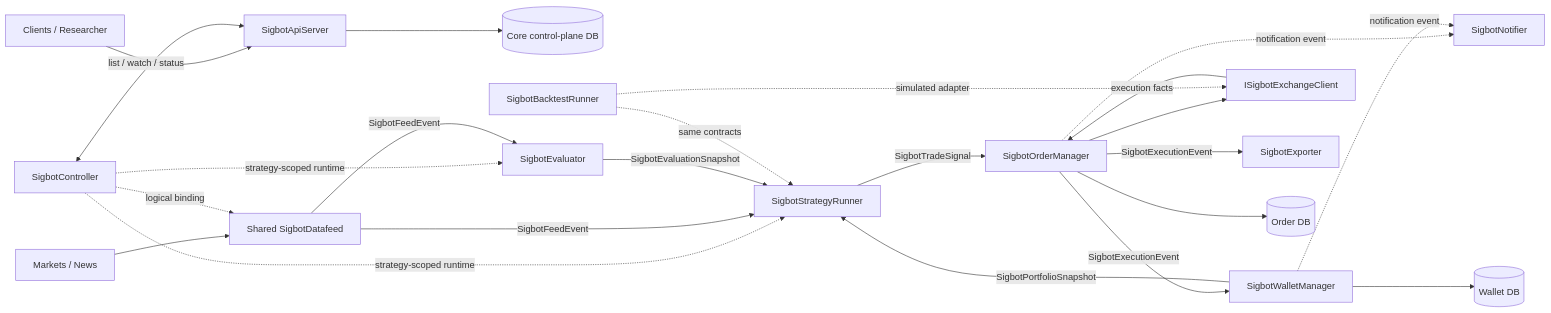
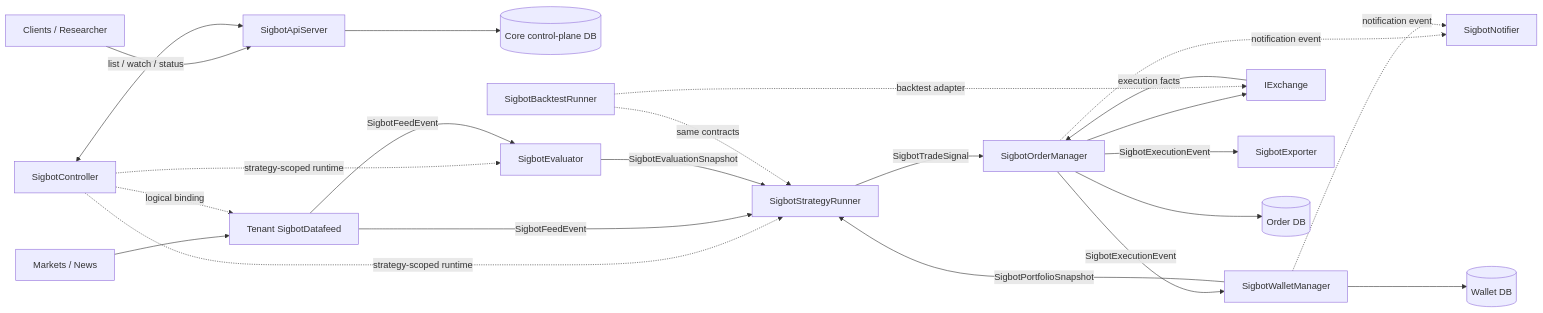
The diagram in docs/architecture/overview.md (sigbot-labs/sigbot-core), drawn with Mermaid before and after one commit. The commit also changed other lines of this file and 1371 other files, not shown here.

````diff
--- a/docs/architecture/overview.md
+++ b/docs/architecture/overview.md
@@ -21,29 +21,29 @@
 ```mermaid
 flowchart LR
     Clients[Clients / Researcher] --> API[SigbotApiServer]
     API --> CoreDB[(Core control-plane DB)]
     Controller[SigbotController] <-->|list / watch / status| API
 
-    Sources[Markets / News] --> Datafeed[Shared SigbotDatafeed]
+    Sources[Markets / News] --> Datafeed[Tenant SigbotDatafeed]
     Controller -. logical binding .-> Datafeed
     Controller -. strategy-scoped runtime .-> Evaluator[SigbotEvaluator]
     Controller -. strategy-scoped runtime .-> Strategy[SigbotStrategyRunner]
 
     Datafeed -->|SigbotFeedEvent| Evaluator
     Datafeed -->|SigbotFeedEvent| Strategy
     Evaluator -->|SigbotEvaluationSnapshot| Strategy
     Wallet[SigbotWalletManager] -->|SigbotPortfolioSnapshot| Strategy
     Strategy -->|SigbotTradeSignal| Order[SigbotOrderManager]
-    Order --> Exchange[ISigbotExchangeClient]
+    Order --> Exchange[IExchange]
     Exchange -->|execution facts| Order
     Order -->|SigbotExecutionEvent| Wallet
     Order -->|SigbotExecutionEvent| Exporter[SigbotExporter]
     Order -. notification event .-> Notifier[SigbotNotifier]
     Wallet -. notification event .-> Notifier
 
     Order --> OrderDB[(Order DB)]
     Wallet --> WalletDB[(Wallet DB)]
 
     Backtest[SigbotBacktestRunner] -. same contracts .-> Strategy
-    Backtest -. simulated adapter .-> Exchange
+    Backtest -. backtest adapter .-> Exchange
 ```
````
